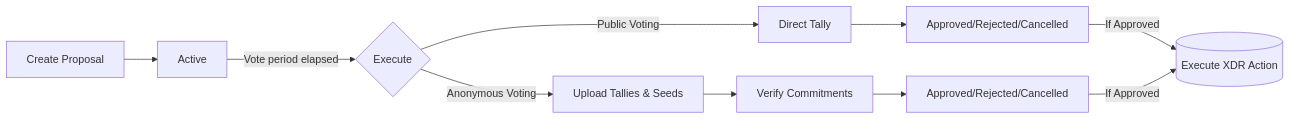
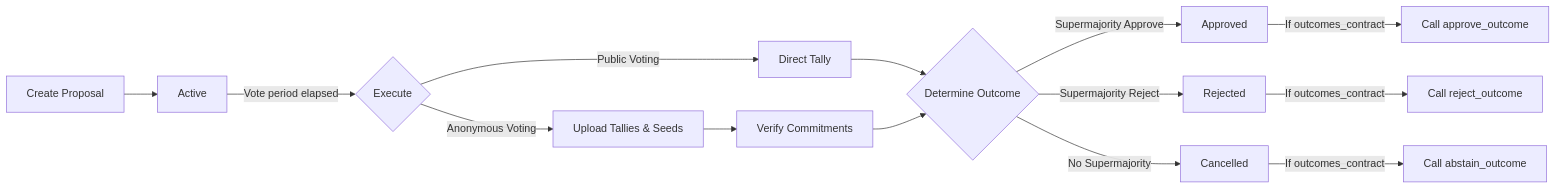
Before and after one commit to tupui/soroban-versioning: the first of 3 diagrams in website/docs/developers/governance.mdx, drawn with Mermaid. The commit also changed other lines of this file and 7 other files, not shown here.

````diff
--- a/website/docs/developers/governance.mdx
+++ b/website/docs/developers/governance.mdx
@@ -13,12 +11,16 @@
 ```mermaid
 graph LR;
     A[Create Proposal] --> B[Active];
     B -->|Vote period elapsed| C{Execute};
     C -->|Public Voting| D[Direct Tally];
     C -->|Anonymous Voting| E[Upload Tallies & Seeds];
-    D --> F[Approved/Rejected/Cancelled];
+    D --> F{Determine Outcome};
     E --> G[Verify Commitments];
-    G --> H[Approved/Rejected/Cancelled];
-    F -->|If Approved| I[(Execute XDR Action)];
-    H -->|If Approved| I;
+    G --> F;
+    F -->|Supermajority Approve| H[Approved];
+    F -->|Supermajority Reject| I[Rejected];
+    F -->|No Supermajority| J[Cancelled];
+    H -->|If outcomes_contract| K[Call approve_outcome];
+    I -->|If outcomes_contract| L[Call reject_outcome];
+    J -->|If outcomes_contract| M[Call abstain_outcome];
 ```
````
